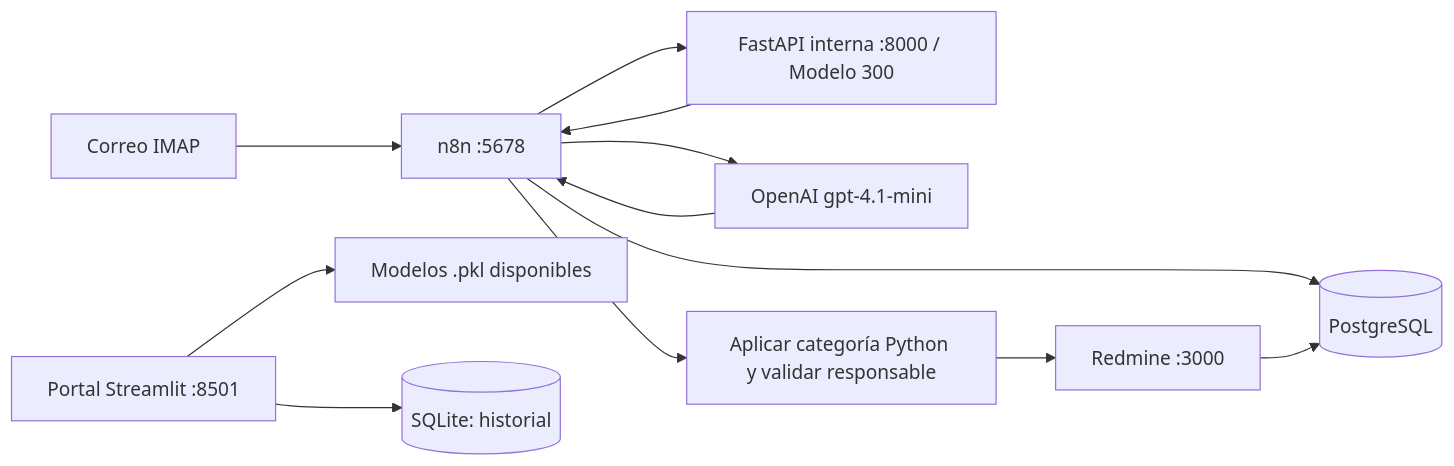
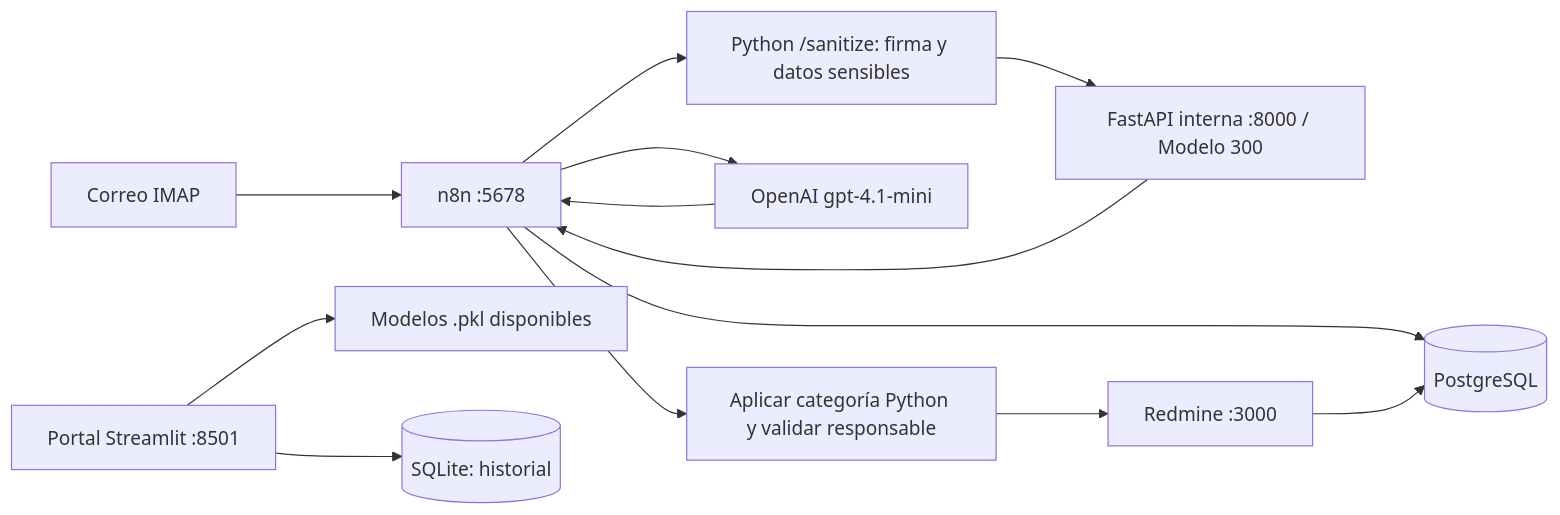
The diagram in README.md (n8nmquito/ProyectoIA), drawn with Mermaid before and after one commit. The commit also changed other lines of this file and 17 other files, not shown here.

Commit message:
Limpia firmas y datos sensibles con Python antes del clasificador n8n

````diff
--- a/README.md
+++ b/README.md
@@ -92,14 +92,15 @@
 ```mermaid
 flowchart LR
     C["Correo IMAP"] --> N["n8n :5678"]
-    N --> P["FastAPI interna :8000 / Modelo 300"]
+    N --> L["Python /sanitize: firma y datos sensibles"]
+    L --> P["FastAPI interna :8000 / Modelo 300"]
     P --> N
     N --> A["OpenAI gpt-4.1-mini"]
     A --> N
     N --> V["Aplicar categoría Python y validar responsable"]
     V --> R["Redmine :3000"]
     N --> DB[("PostgreSQL")]
     R --> DB
     U["Portal Streamlit :8501"] --> M["Modelos .pkl disponibles"]
     U --> H[("SQLite: historial")]
 ```
````
